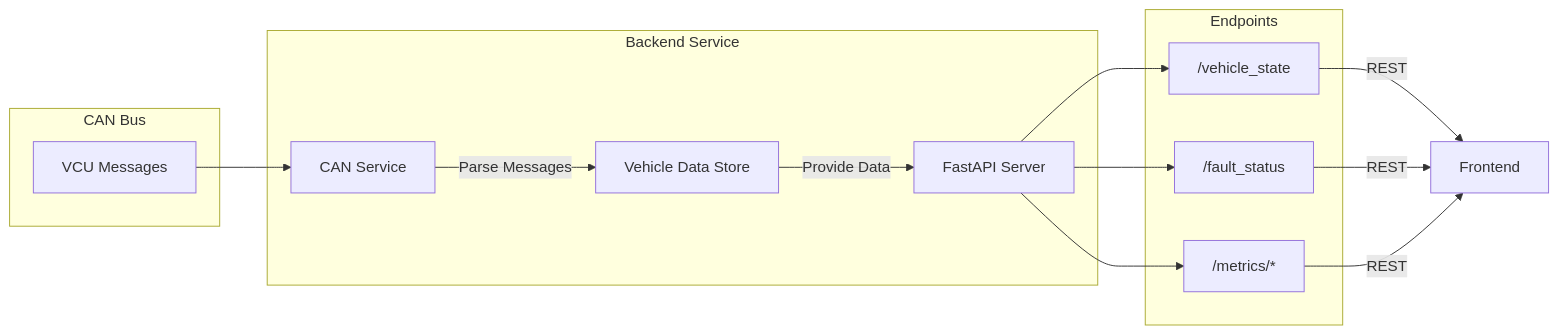
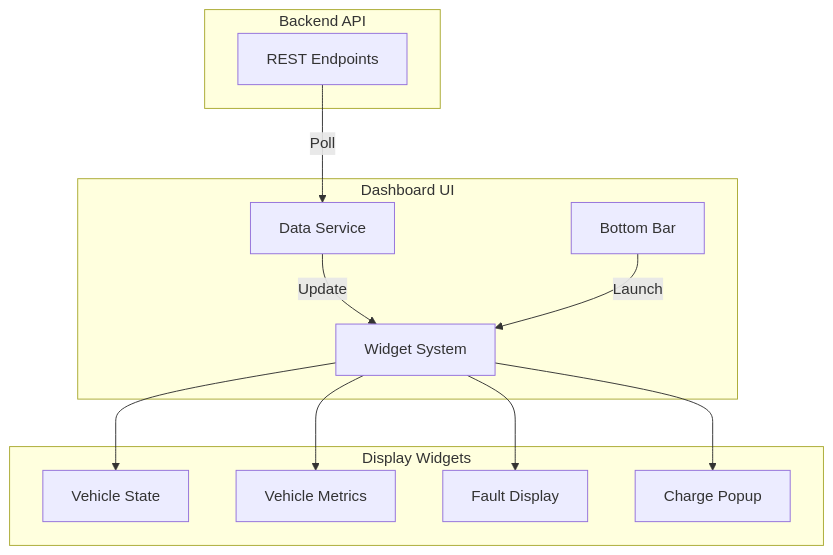
One commit to kingmaxkulick/infotainment_dashboard changed the diagram in README.md. Above: the diagram before and after it, drawn with Mermaid. The commit also changed other lines of this file, not shown here.

````diff
--- a/README.md
+++ b/README.md
@@ -8,30 +8,28 @@
 ```mermaid
-flowchart LR
-    subgraph "CAN Bus"
-        VCU[VCU Messages]
+flowchart TB
+    subgraph "Backend API"
+        API[REST Endpoints]
     end
 
-    subgraph "Backend Service"
-        CAN[CAN Service]
-        API[FastAPI Server]
-        Data[Vehicle Data Store]
+    subgraph "Dashboard UI"
+        Data[Data Service]
+        Widgets[Widget System]
+        Bottom[Bottom Bar]
         
-        CAN --> |"Parse Messages"| Data
-        Data --> |"Provide Data"| API
+        Data --> |"Update"| Widgets
+        Bottom --> |"Launch"| Widgets
     end
 
-    subgraph "Endpoints"
-        State["/vehicle_state"]
-        Fault["/fault_status"]
-        Metrics["/metrics/*"]
+    subgraph "Display Widgets"
+        State[Vehicle State]
+        Metrics[Vehicle Metrics]
+        Faults[Fault Display]
+        Charge[Charge Popup]
     end
 
-    VCU --> CAN
-    API --> State
-    API --> Fault
-    API --> Metrics
-    
-    State --> |"REST"| UI[Frontend]
-    Fault --> |"REST"| UI
-    Metrics --> |"REST"| UI
+    API --> |"Poll"| Data
+    Widgets --> State
+    Widgets --> Metrics
+    Widgets --> Faults
+    Widgets --> Charge
 ```
````
